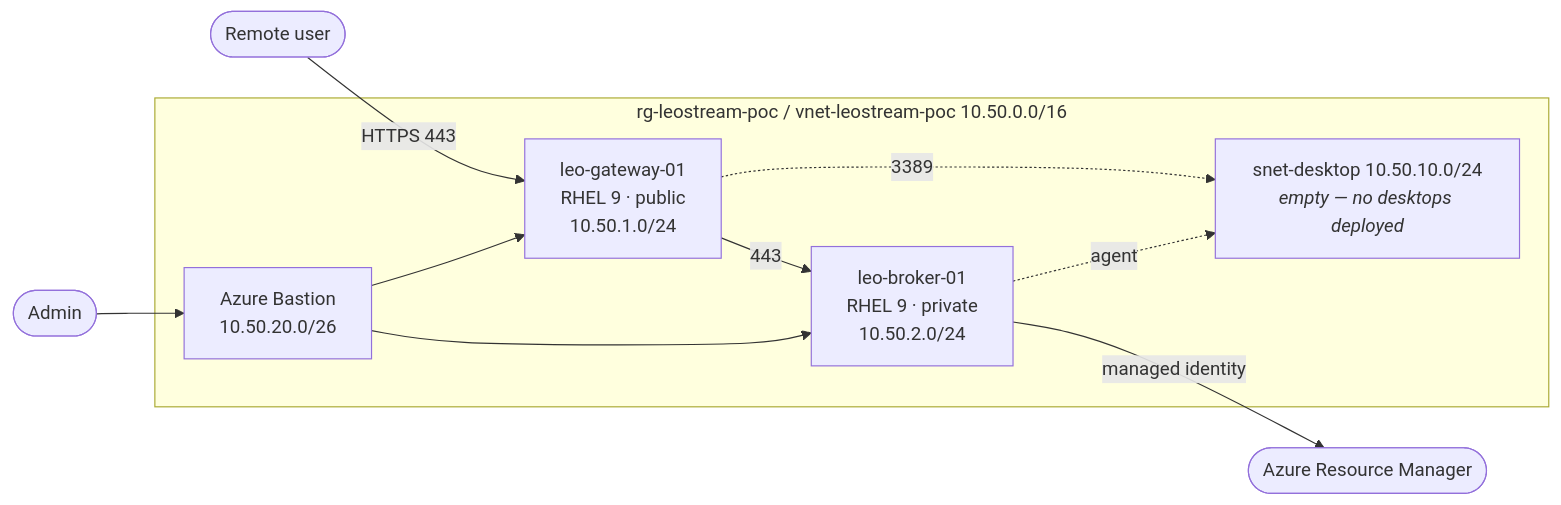
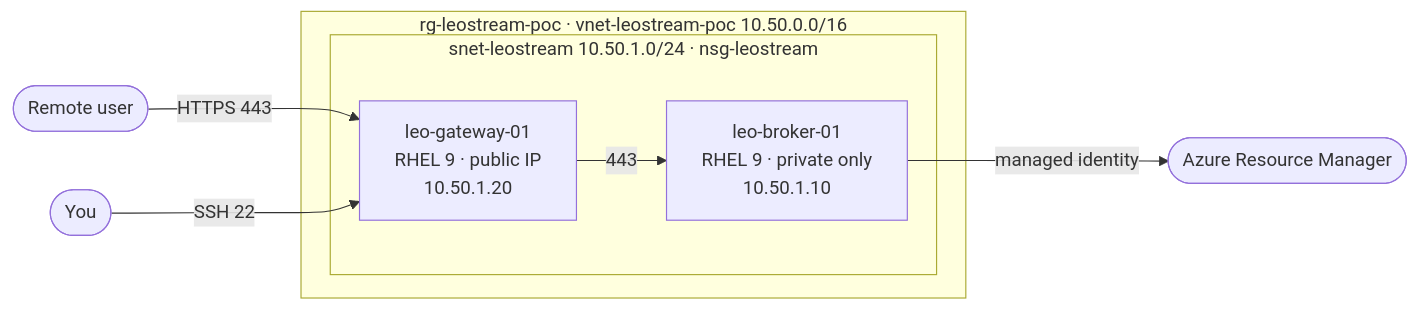
One commit to mehmetkadriumay/leostream-azure-poc changed the diagram in README.md. Above: the diagram before and after it, drawn with Mermaid. The commit also changed other lines of this file and 10 other files, not shown here.

````diff
--- a/README.md
+++ b/README.md
@@ -35,19 +34,15 @@
 ```mermaid
 flowchart LR
     user([Remote user]) -->|HTTPS 443| gw
-    admin([Admin]) --> bastion
+    admin([You]) -->|SSH 22| gw
 
-    subgraph rg["rg-leostream-poc / vnet-leostream-poc 10.50.0.0/16"]
-        gw["leo-gateway-01<br/>RHEL 9 · public<br/>10.50.1.0/24"]
-        broker["leo-broker-01<br/>RHEL 9 · private<br/>10.50.2.0/24"]
-        win["snet-desktop 10.50.10.0/24<br/><i>empty — no desktops deployed</i>"]
-        bastion["Azure Bastion<br/>10.50.20.0/26"]
+    subgraph rg["rg-leostream-poc · vnet-leostream-poc 10.50.0.0/16"]
+        subgraph sn["snet-leostream 10.50.1.0/24 · nsg-leostream"]
+            gw["leo-gateway-01<br/>RHEL 9 · public IP<br/>10.50.1.20"]
+            broker["leo-broker-01<br/>RHEL 9 · private only<br/>10.50.1.10"]
+        end
     end
 
     gw -->|443| broker
-    gw -.->|3389| win
-    broker -.->|agent| win
     broker -->|managed identity| arm([Azure Resource Manager])
-    bastion --> gw
-    bastion --> broker
 ```
````
